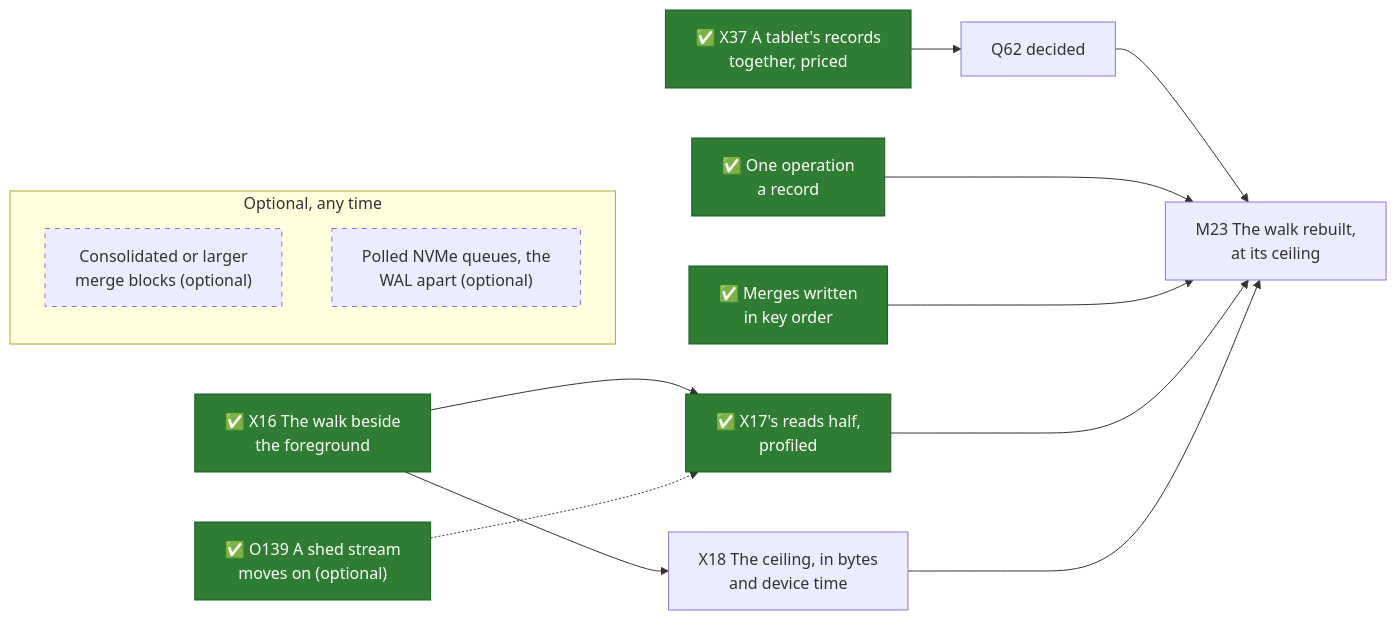
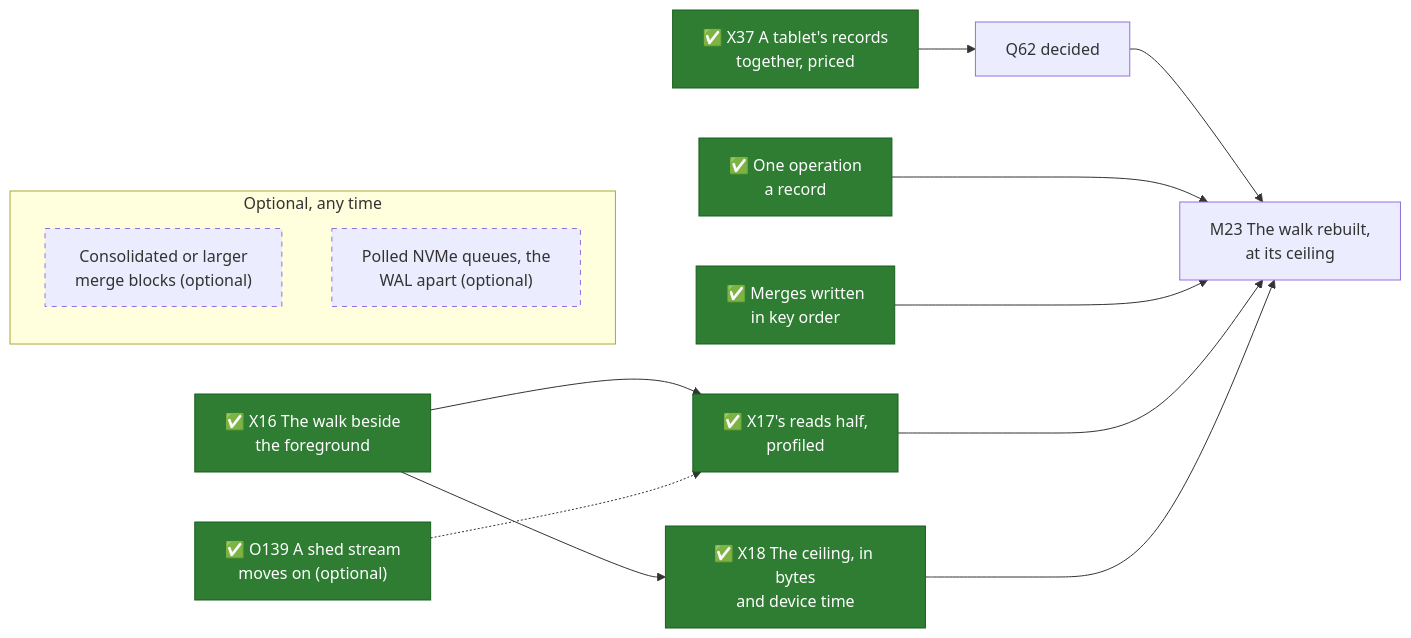
The diagram in docs/src/future-work/scans/scan-speed.md (mjcarson/shoal), drawn with Mermaid before and after one commit. The commit also changed 111 other files, not shown here.

````diff
--- a/docs/src/future-work/scans/scan-speed.md
+++ b/docs/src/future-work/scans/scan-speed.md
@@ -370,27 +370,27 @@
 ```mermaid
 flowchart LR
     classDef done fill:#2e7d32,stroke:#1b5e20,color:#ffffff
     classDef optional stroke-dasharray: 5 5
     X16["✅ X16 The walk beside<br>the foreground"]:::done
     Shed["✅ O139 A shed stream<br>moves on (optional)"]:::done
     Read1["✅ One operation<br>a record"]:::done
     Sorted["✅ Merges written<br>in key order"]:::done
     X37["✅ X37 A tablet's records<br>together, priced"]:::done
     X17["✅ X17's reads half,<br>profiled"]:::done
-    X18["X18 The ceiling, in bytes<br>and device time"]
+    X18["✅ X18 The ceiling, in bytes<br>and device time"]:::done
     Q62["Q62 decided"]
     M23["M23 The walk rebuilt,<br>at its ceiling"]
     X16 --> X17
     X16 --> X18
     Shed -.-> X17
     X37 --> Q62 --> M23
     Read1 ---> M23
     Sorted ---> M23
     X17 ---> M23
     X18 ---> M23
     subgraph anytime["Optional, any time"]
         direction TB
         Blocks["Consolidated or larger<br>merge blocks (optional)"]:::optional
         Host["Polled NVMe queues, the<br>WAL apart (optional)"]:::optional
     end
 ```
````
